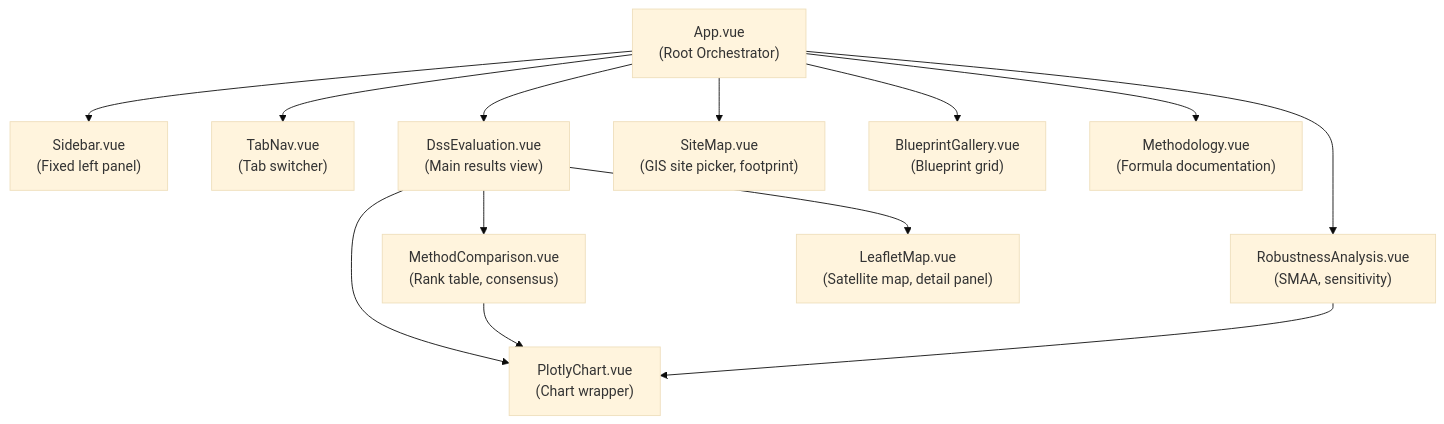
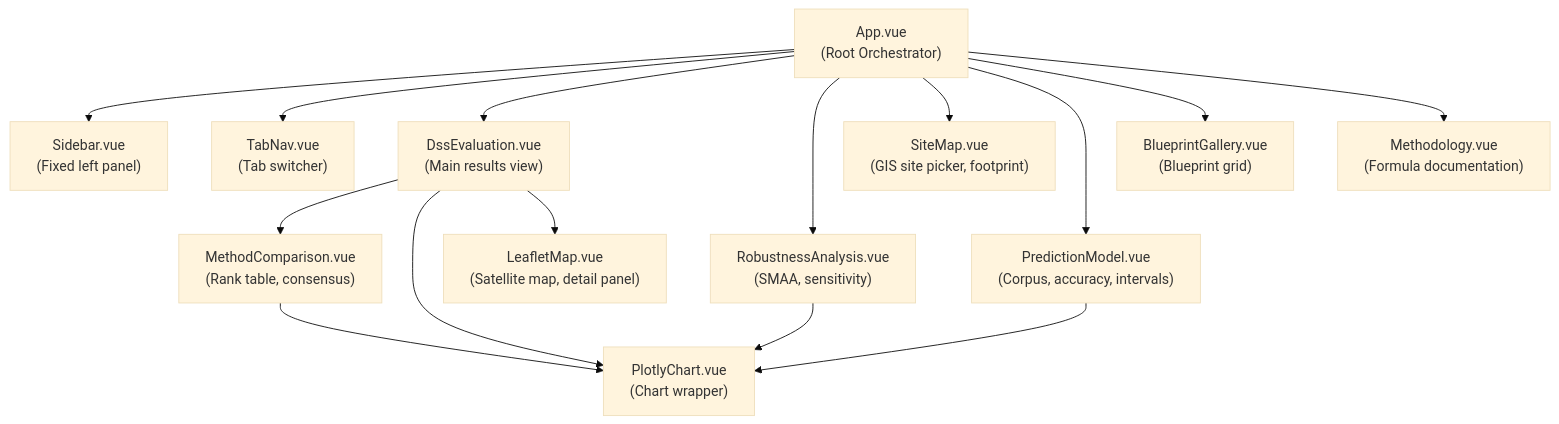
The fourth of 8 diagrams in DOCUMENTATION.md (vetos5/TDSS), drawn with Mermaid (base theme) before and after one commit. The commit also changed other lines of this file and 41 other files, not shown here.

First line of the commit message:
Add retrainable Bayesian prediction model with document corpus

````diff
--- a/DOCUMENTATION.md
+++ b/DOCUMENTATION.md
@@ -715,27 +989,30 @@
 ```mermaid
 graph TD
     APP["App.vue\n(Root Orchestrator)"]
     SB["Sidebar.vue\n(Fixed left panel)"]
     TN["TabNav.vue\n(Tab switcher)"]
     DE["DssEvaluation.vue\n(Main results view)"]
     MC["MethodComparison.vue\n(Rank table, consensus)"]
     RA["RobustnessAnalysis.vue\n(SMAA, sensitivity)"]
     SM["SiteMap.vue\n(GIS site picker, footprint)"]
+    PM["PredictionModel.vue\n(Corpus, accuracy, intervals)"]
     BG["BlueprintGallery.vue\n(Blueprint grid)"]
     ME["Methodology.vue\n(Formula documentation)"]
     PC["PlotlyChart.vue\n(Chart wrapper)"]
     LM["LeafletMap.vue\n(Satellite map, detail panel)"]
 
     APP --> SB
     APP --> TN
     APP --> DE
     APP --> RA
     APP --> SM
+    APP --> PM
     APP --> BG
     APP --> ME
     DE --> MC
     DE --> PC
     DE --> LM
     MC --> PC
     RA --> PC
+    PM --> PC
 ```
````
